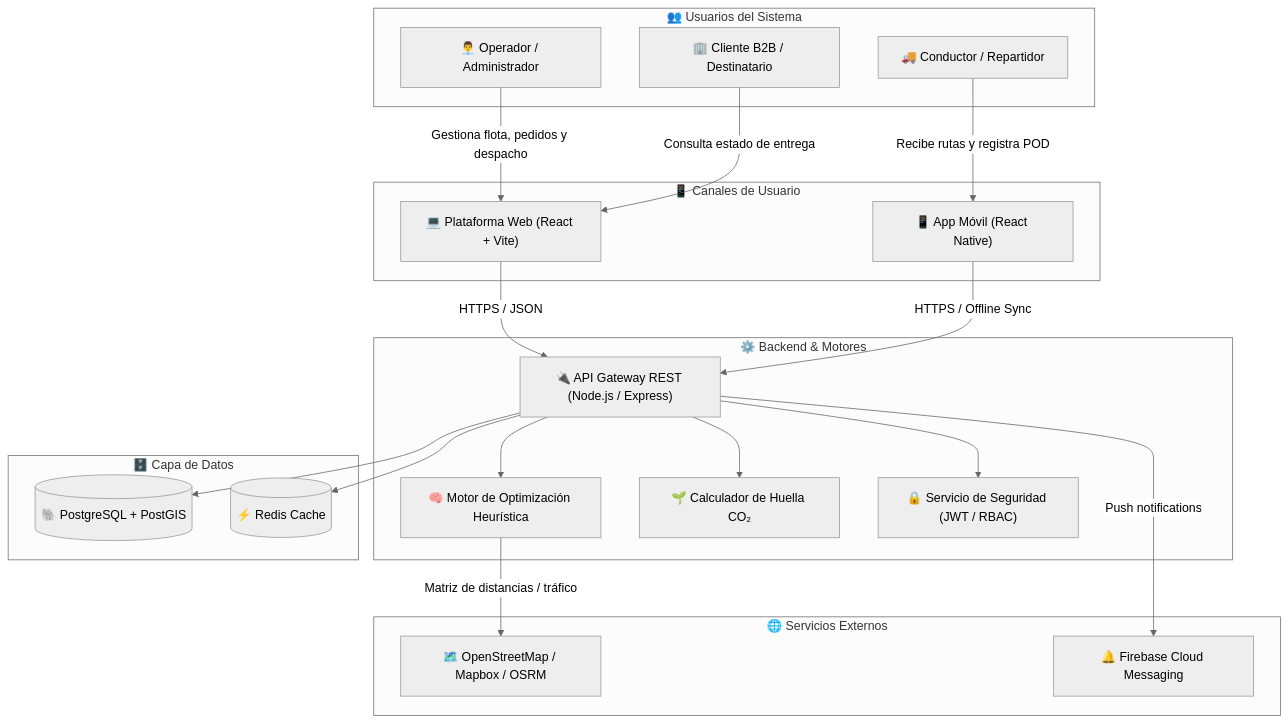
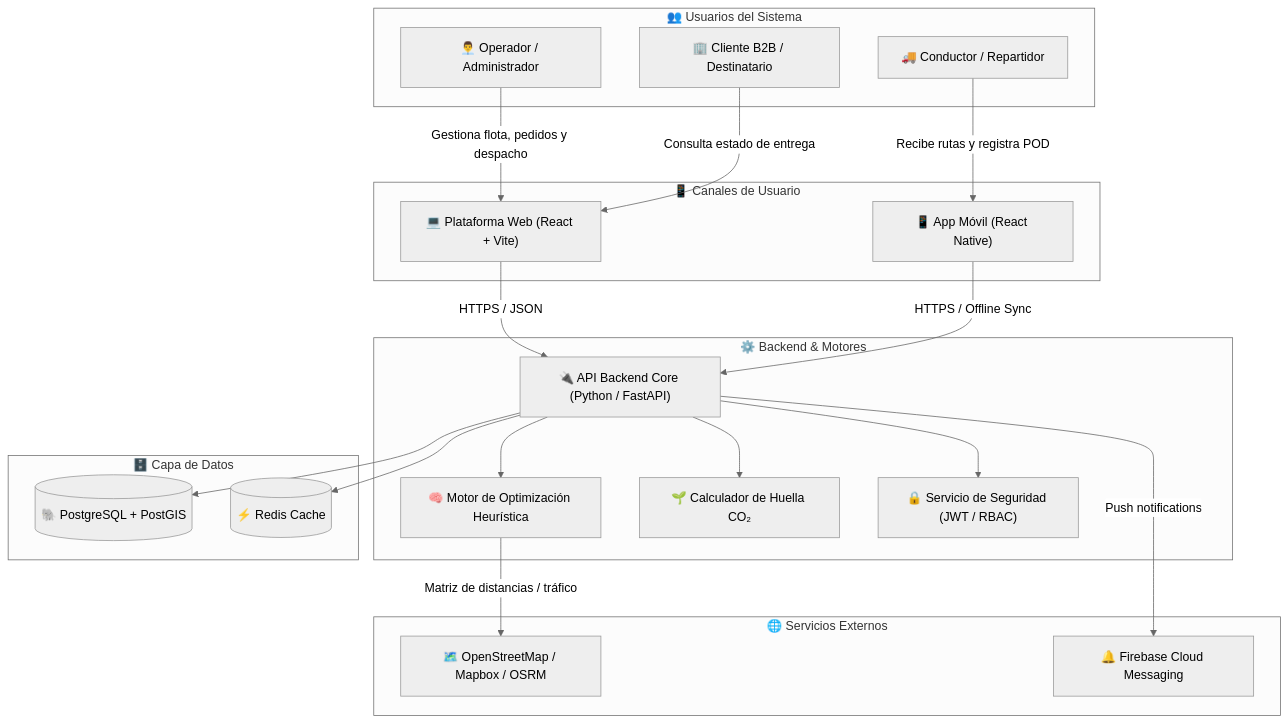
Before and after one commit to MartinezJhef/EcoLogistica-Lima: the diagram in README.md, drawn with Mermaid (neutral theme). The commit also changed other lines of this file and 50 other files, not shown here.

Commit message:
feat(us-001, us-002): implementacion completa de gestion de vehiculos, conductores y jornada con backend FastAPI, PostgreSQL, pruebas automatizadas y frontend Apple Design

````diff
--- a/README.md
+++ b/README.md
@@ -67,46 +69,46 @@
 ```mermaid
 flowchart TD
     subgraph Actores["👥 Usuarios del Sistema"]
         ADM["👨‍💼 Operador / Administrador"]
         CND["🚚 Conductor / Repartidor"]
         CLI["🏢 Cliente B2B / Destinatario"]
     end
 
     subgraph Canales["📱 Canales de Usuario"]
         WEB["💻 Plataforma Web (React + Vite)"]
         MOB["📱 App Móvil (React Native)"]
     end
 
     subgraph Servicios["⚙️ Backend & Motores"]
-        API["🔌 API Gateway REST (Node.js / Express)"]
+        API["🔌 API Backend Core (Python / FastAPI)"]
         OPT["🧠 Motor de Optimización Heurística"]
         ENV["🌱 Calculador de Huella CO₂"]
         AUTH["🔒 Servicio de Seguridad (JWT / RBAC)"]
     end
 
     subgraph Persistencia["🗄️ Capa de Datos"]
         DB[(🐘 PostgreSQL + PostGIS)]
         CACHE[(⚡ Redis Cache)]
     end
 
     subgraph Externos["🌐 Servicios Externos"]
         GIS["🗺️ OpenStreetMap / Mapbox / OSRM"]
         NOTIF["🔔 Firebase Cloud Messaging"]
     end
 
     ADM -->|Gestiona flota, pedidos y despacho| WEB
     CND -->|Recibe rutas y registra POD| MOB
     CLI -->|Consulta estado de entrega| WEB
 
     WEB -->|HTTPS / JSON| API
     MOB -->|HTTPS / Offline Sync| API
 
     API --> AUTH
     API --> OPT
     API --> ENV
     API --> DB
     API --> CACHE
 
     OPT -->|Matriz de distancias / tráfico| GIS
     API -->|Push notifications| NOTIF
 ```
````
